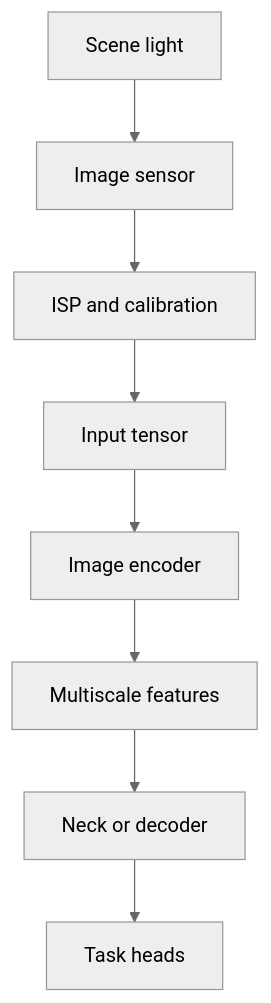
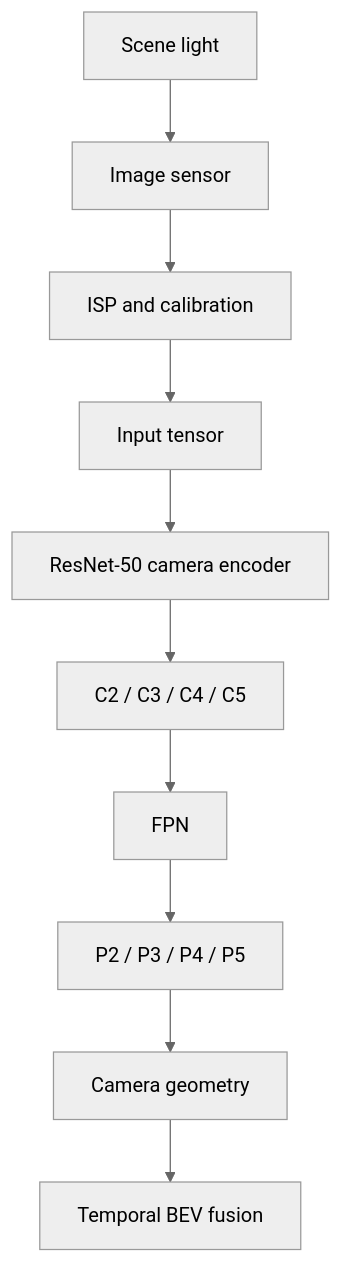
The diagram in src/content/docs/articles/rgb-camera-encoders.md (abhishekkumardwivedi/abhishekkumardwivedi.github.io), drawn with Mermaid (neutral theme) before and after one commit. The commit also changed other lines of this file, not shown here.

Commit message:
Rename and refocus RGB camera encoder article as ResNet-50 + FPN deep dive

````diff
--- a/src/content/docs/articles/rgb-camera-encoders.md
+++ b/src/content/docs/articles/rgb-camera-encoders.md
@@ -12,10 +12,12 @@
 ```mermaid
 flowchart TD
     A["Scene light"] --> B["Image sensor"]
     B --> C["ISP and calibration"]
     C --> D["Input tensor"]
-    D --> E["Image encoder"]
-    E --> F["Multiscale features"]
-    F --> G["Neck or decoder"]
-    G --> H["Task heads"]
+    D --> E["ResNet-50 camera encoder"]
+    E --> F["C2 / C3 / C4 / C5"]
+    F --> G["FPN"]
+    G --> H["P2 / P3 / P4 / P5"]
+    H --> I["Camera geometry"]
+    I --> J["Temporal BEV fusion"]
 ```
````
